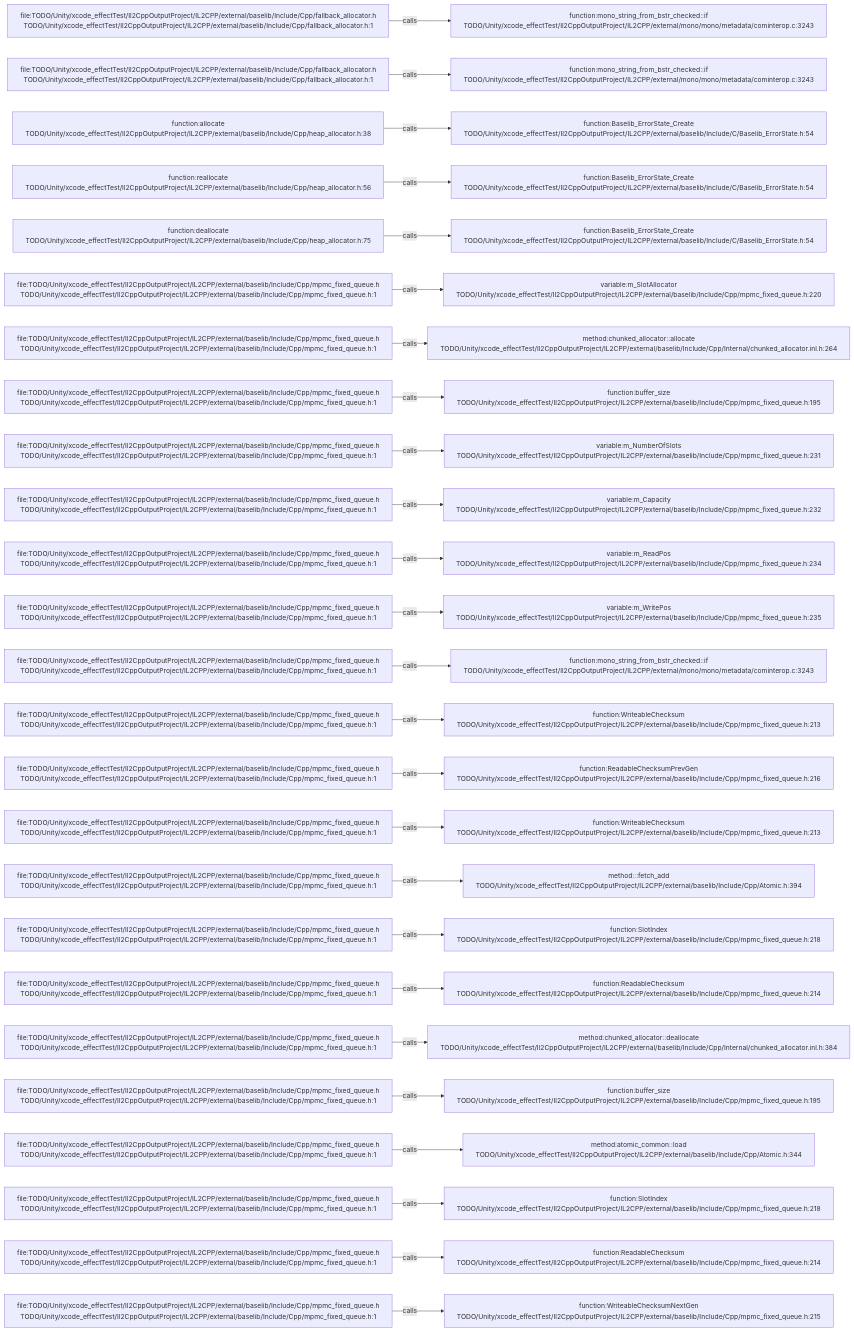
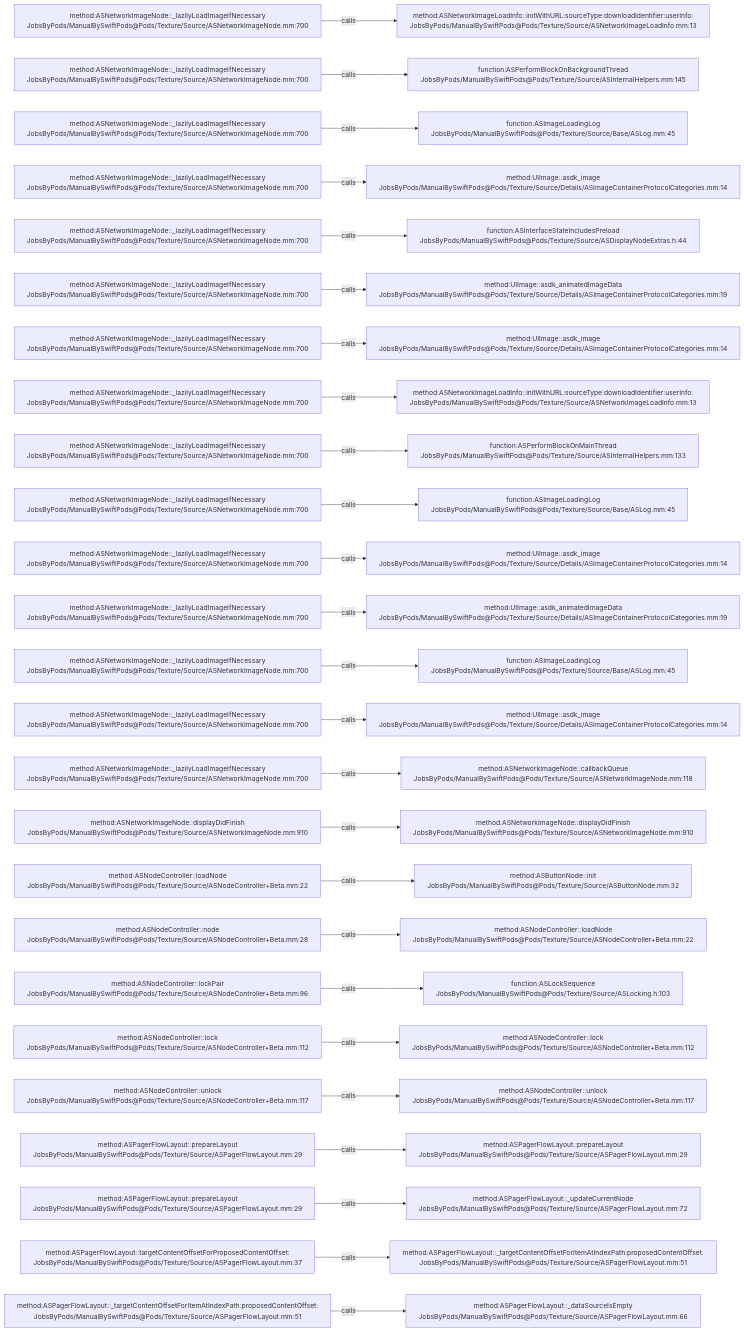
One commit to JobsKits/JobsSwiftBaseConfigDemo changed the diagram in .codegraph/codegraph.md/graphs/calls-070.md. Above: the diagram before and after it, drawn with Mermaid. The commit also changed 2959 other files, not shown here.

````diff
--- a/.codegraph/codegraph.md/graphs/calls-070.md
+++ b/.codegraph/codegraph.md/graphs/calls-070.md
@@ -13,78 +13,78 @@
 ```mermaid
 flowchart LR
-  S1["file:TODO/Unity/xcode_effectTest/Il2CppOutputProject/IL2CPP/external/baselib/Include/Cpp/fallback_allocator.h<br/>TODO/Unity/xcode_effectTest/Il2CppOutputProject/IL2CPP/external/baselib/Include/Cpp/fallback_allocator.h:1"]
-  T1["function:mono_string_from_bstr_checked::if<br/>TODO/Unity/xcode_effectTest/Il2CppOutputProject/IL2CPP/external/mono/mono/metadata/cominterop.c:3243"]
+  S1["method:ASNetworkImageNode::_lazilyLoadImageIfNecessary<br/>JobsByPods/ManualBySwiftPods@Pods/Texture/Source/ASNetworkImageNode.mm:700"]
+  T1["method:ASNetworkImageLoadInfo::initWithURL:sourceType:downloadIdentifier:userInfo:<br/>JobsByPods/ManualBySwiftPods@Pods/Texture/Source/ASNetworkImageLoadInfo.mm:13"]
   S1 -->|calls| T1
-  S2["file:TODO/Unity/xcode_effectTest/Il2CppOutputProject/IL2CPP/external/baselib/Include/Cpp/fallback_allocator.h<br/>TODO/Unity/xcode_effectTest/Il2CppOutputProject/IL2CPP/external/baselib/Include/Cpp/fallback_allocator.h:1"]
-  T2["function:mono_string_from_bstr_checked::if<br/>TODO/Unity/xcode_effectTest/Il2CppOutputProject/IL2CPP/external/mono/mono/metadata/cominterop.c:3243"]
+  S2["method:ASNetworkImageNode::_lazilyLoadImageIfNecessary<br/>JobsByPods/ManualBySwiftPods@Pods/Texture/Source/ASNetworkImageNode.mm:700"]
+  T2["function:ASPerformBlockOnBackgroundThread<br/>JobsByPods/ManualBySwiftPods@Pods/Texture/Source/ASInternalHelpers.mm:145"]
   S2 -->|calls| T2
-  S3["function:allocate<br/>TODO/Unity/xcode_effectTest/Il2CppOutputProject/IL2CPP/external/baselib/Include/Cpp/heap_allocator.h:38"]
-  T3["function:Baselib_ErrorState_Create<br/>TODO/Unity/xcode_effectTest/Il2CppOutputProject/IL2CPP/external/baselib/Include/C/Baselib_ErrorState.h:54"]
+  S3["method:ASNetworkImageNode::_lazilyLoadImageIfNecessary<br/>JobsByPods/ManualBySwiftPods@Pods/Texture/Source/ASNetworkImageNode.mm:700"]
+  T3["function:ASImageLoadingLog<br/>JobsByPods/ManualBySwiftPods@Pods/Texture/Source/Base/ASLog.mm:45"]
   S3 -->|calls| T3
-  S4["function:reallocate<br/>TODO/Unity/xcode_effectTest/Il2CppOutputProject/IL2CPP/external/baselib/Include/Cpp/heap_allocator.h:56"]
-  T4["function:Baselib_ErrorState_Create<br/>TODO/Unity/xcode_effectTest/Il2CppOutputProject/IL2CPP/external/baselib/Include/C/Baselib_ErrorState.h:54"]
+  S4["method:ASNetworkImageNode::_lazilyLoadImageIfNecessary<br/>JobsByPods/ManualBySwiftPods@Pods/Texture/Source/ASNetworkImageNode.mm:700"]
+  T4["method:UIImage::asdk_image<br/>JobsByPods/ManualBySwiftPods@Pods/Texture/Source/Details/ASImageContainerProtocolCategories.mm:14"]
   S4 -->|calls| T4
-  S5["function:deallocate<br/>TODO/Unity/xcode_effectTest/Il2CppOutputProject/IL2CPP/external/baselib/Include/Cpp/heap_allocator.h:75"]
-  T5["function:Baselib_ErrorState_Create<br/>TODO/Unity/xcode_effectTest/Il2CppOutputProject/IL2CPP/external/baselib/Include/C/Baselib_ErrorState.h:54"]
+  S5["method:ASNetworkImageNode::_lazilyLoadImageIfNecessary<br/>JobsByPods/ManualBySwiftPods@Pods/Texture/Source/ASNetworkImageNode.mm:700"]
+  T5["function:ASInterfaceStateIncludesPreload<br/>JobsByPods/ManualBySwiftPods@Pods/Texture/Source/ASDisplayNodeExtras.h:44"]
   S5 -->|calls| T5
-  S6["file:TODO/Unity/xcode_effectTest/Il2CppOutputProject/IL2CPP/external/baselib/Include/Cpp/mpmc_fixed_queue.h<br/>TODO/Unity/xcode_effectTest/Il2CppOutputProject/IL2CPP/external/baselib/Include/Cpp/mpmc_fixed_queue.h:1"]
-  T6["variable:m_SlotAllocator<br/>TODO/Unity/xcode_effectTest/Il2CppOutputProject/IL2CPP/external/baselib/Include/Cpp/mpmc_fixed_queue.h:220"]
+  S6["method:ASNetworkImageNode::_lazilyLoadImageIfNecessary<br/>JobsByPods/ManualBySwiftPods@Pods/Texture/Source/ASNetworkImageNode.mm:700"]
+  T6["method:UIImage::asdk_animatedImageData<br/>JobsByPods/ManualBySwiftPods@Pods/Texture/Source/Details/ASImageContainerProtocolCategories.mm:19"]
   S6 -->|calls| T6
-  S7["file:TODO/Unity/xcode_effectTest/Il2CppOutputProject/IL2CPP/external/baselib/Include/Cpp/mpmc_fixed_queue.h<br/>TODO/Unity/xcode_effectTest/Il2CppOutputProject/IL2CPP/external/baselib/Include/Cpp/mpmc_fixed_queue.h:1"]
-  T7["method:chunked_allocator::allocate<br/>TODO/Unity/xcode_effectTest/Il2CppOutputProject/IL2CPP/external/baselib/Include/Cpp/Internal/chunked_allocator.inl.h:264"]
+  S7["method:ASNetworkImageNode::_lazilyLoadImageIfNecessary<br/>JobsByPods/ManualBySwiftPods@Pods/Texture/Source/ASNetworkImageNode.mm:700"]
+  T7["method:UIImage::asdk_image<br/>JobsByPods/ManualBySwiftPods@Pods/Texture/Source/Details/ASImageContainerProtocolCategories.mm:14"]
   S7 -->|calls| T7
-  S8["file:TODO/Unity/xcode_effectTest/Il2CppOutputProject/IL2CPP/external/baselib/Include/Cpp/mpmc_fixed_queue.h<br/>TODO/Unity/xcode_effectTest/Il2CppOutputProject/IL2CPP/external/baselib/Include/Cpp/mpmc_fixed_queue.h:1"]
-  T8["function:buffer_size<br/>TODO/Unity/xcode_effectTest/Il2CppOutputProject/IL2CPP/external/baselib/Include/Cpp/mpmc_fixed_queue.h:195"]
+  S8["method:ASNetworkImageNode::_lazilyLoadImageIfNecessary<br/>JobsByPods/ManualBySwiftPods@Pods/Texture/Source/ASNetworkImageNode.mm:700"]
+  T8["method:ASNetworkImageLoadInfo::initWithURL:sourceType:downloadIdentifier:userInfo:<br/>JobsByPods/ManualBySwiftPods@Pods/Texture/Source/ASNetworkImageLoadInfo.mm:13"]
   S8 -->|calls| T8
-  S9["file:TODO/Unity/xcode_effectTest/Il2CppOutputProject/IL2CPP/external/baselib/Include/Cpp/mpmc_fixed_queue.h<br/>TODO/Unity/xcode_effectTest/Il2CppOutputProject/IL2CPP/external/baselib/Include/Cpp/mpmc_fixed_queue.h:1"]
-  T9["variable:m_NumberOfSlots<br/>TODO/Unity/xcode_effectTest/Il2CppOutputProject/IL2CPP/external/baselib/Include/Cpp/mpmc_fixed_queue.h:231"]
+  S9["method:ASNetworkImageNode::_lazilyLoadImageIfNecessary<br/>JobsByPods/ManualBySwiftPods@Pods/Texture/Source/ASNetworkImageNode.mm:700"]
+  T9["function:ASPerformBlockOnMainThread<br/>JobsByPods/ManualBySwiftPods@Pods/Texture/Source/ASInternalHelpers.mm:133"]
   S9 -->|calls| T9
-  S10["file:TODO/Unity/xcode_effectTest/Il2CppOutputProject/IL2CPP/external/baselib/Include/Cpp/mpmc_fixed_queue.h<br/>TODO/Unity/xcode_effectTest/Il2CppOutputProject/IL2CPP/external/baselib/Include/Cpp/mpmc_fixed_queue.h:1"]
-  T10["variable:m_Capacity<br/>TODO/Unity/xcode_effectTest/Il2CppOutputProject/IL2CPP/external/baselib/Include/Cpp/mpmc_fixed_queue.h:232"]
+  S10["method:ASNetworkImageNode::_lazilyLoadImageIfNecessary<br/>JobsByPods/ManualBySwiftPods@Pods/Texture/Source/ASNetworkImageNode.mm:700"]
+  T10["function:ASImageLoadingLog<br/>JobsByPods/ManualBySwiftPods@Pods/Texture/Source/Base/ASLog.mm:45"]
   S10 -->|calls| T10
-  S11["file:TODO/Unity/xcode_effectTest/Il2CppOutputProject/IL2CPP/external/baselib/Include/Cpp/mpmc_fixed_queue.h<br/>TODO/Unity/xcode_effectTest/Il2CppOutputProject/IL2CPP/external/baselib/Include/Cpp/mpmc_fixed_queue.h:1"]
-  T11["variable:m_ReadPos<br/>TODO/Unity/xcode_effectTest/Il2CppOutputProject/IL2CPP/external/baselib/Include/Cpp/mpmc_fixed_queue.h:234"]
+  S11["method:ASNetworkImageNode::_lazilyLoadImageIfNecessary<br/>JobsByPods/ManualBySwiftPods@Pods/Texture/Source/ASNetworkImageNode.mm:700"]
+  T11["method:UIImage::asdk_image<br/>JobsByPods/ManualBySwiftPods@Pods/Texture/Source/Details/ASImageContainerProtocolCategories.mm:14"]
   S11 -->|calls| T11
-  S12["file:TODO/Unity/xcode_effectTest/Il2CppOutputProject/IL2CPP/external/baselib/Include/Cpp/mpmc_fixed_queue.h<br/>TODO/Unity/xcode_effectTest/Il2CppOutputProject/IL2CPP/external/baselib/Include/Cpp/mpmc_fixed_queue.h:1"]
-  T12["variable:m_WritePos<br/>TODO/Unity/xcode_effectTest/Il2CppOutputProject/IL2CPP/external/baselib/Include/Cpp/mpmc_fixed_queue.h:235"]
+  S12["method:ASNetworkImageNode::_lazilyLoadImageIfNecessary<br/>JobsByPods/ManualBySwiftPods@Pods/Texture/Source/ASNetworkImageNode.mm:700"]
+  T12["method:UIImage::asdk_animatedImageData<br/>JobsByPods/ManualBySwiftPods@Pods/Texture/Source/Details/ASImageContainerProtocolCategories.mm:19"]
   S12 -->|calls| T12
-  S13["file:TODO/Unity/xcode_effectTest/Il2CppOutputProject/IL2CPP/external/baselib/Include/Cpp/mpmc_fixed_queue.h<br/>TODO/Unity/xcode_effectTest/Il2CppOutputProject/IL2CPP/external/baselib/Include/Cpp/mpmc_fixed_queue.h:1"]
-  T13["function:mono_string_from_bstr_checked::if<br/>TODO/Unity/xcode_effectTest/Il2CppOutputProject/IL2CPP/external/mono/mono/metadata/cominterop.c:3243"]
+  S13["method:ASNetworkImageNode::_lazilyLoadImageIfNecessary<br/>JobsByPods/ManualBySwiftPods@Pods/Texture/Source/ASNetworkImageNode.mm:700"]
+  T13["function:ASImageLoadingLog<br/>JobsByPods/ManualBySwiftPods@Pods/Texture/Source/Base/ASLog.mm:45"]
   S13 -->|calls| T13
-  S14["file:TODO/Unity/xcode_effectTest/Il2CppOutputProject/IL2CPP/external/baselib/Include/Cpp/mpmc_fixed_queue.h<br/>TODO/Unity/xcode_effectTest/Il2CppOutputProject/IL2CPP/external/baselib/Include/Cpp/mpmc_fixed_queue.h:1"]
-  T14["function:WriteableChecksum<br/>TODO/Unity/xcode_effectTest/Il2CppOutputProject/IL2CPP/external/baselib/Include/Cpp/mpmc_fixed_queue.h:213"]
+  S14["method:ASNetworkImageNode::_lazilyLoadImageIfNecessary<br/>JobsByPods/ManualBySwiftPods@Pods/Texture/Source/ASNetworkImageNode.mm:700"]
+  T14["method:UIImage::asdk_image<br/>JobsByPods/ManualBySwiftPods@Pods/Texture/Source/Details/ASImageContainerProtocolCategories.mm:14"]
   S14 -->|calls| T14
-  S15["file:TODO/Unity/xcode_effectTest/Il2CppOutputProject/IL2CPP/external/baselib/Include/Cpp/mpmc_fixed_queue.h<br/>TODO/Unity/xcode_effectTest/Il2CppOutputProject/IL2CPP/external/baselib/Include/Cpp/mpmc_fixed_queue.h:1"]
-  T15["function:ReadableChecksumPrevGen<br/>TODO/Unity/xcode_effectTest/Il2CppOutputProject/IL2CPP/external/baselib/Include/Cpp/mpmc_fixed_queue.h:216"]
+  S15["method:ASNetworkImageNode::_lazilyLoadImageIfNecessary<br/>JobsByPods/ManualBySwiftPods@Pods/Texture/Source/ASNetworkImageNode.mm:700"]
+  T15["method:ASNetworkImageNode::callbackQueue<br/>JobsByPods/ManualBySwiftPods@Pods/Texture/Source/ASNetworkImageNode.mm:118"]
   S15 -->|calls| T15
-  S16["file:TODO/Unity/xcode_effectTest/Il2CppOutputProject/IL2CPP/external/baselib/Include/Cpp/mpmc_fixed_queue.h<br/>TODO/Unity/xcode_effectTest/Il2CppOutputProject/IL2CPP/external/baselib/Include/Cpp/mpmc_fixed_queue.h:1"]
-  T16["function:WriteableChecksum<br/>TODO/Unity/xcode_effectTest/Il2CppOutputProject/IL2CPP/external/baselib/Include/Cpp/mpmc_fixed_queue.h:213"]
+  S16["method:ASNetworkImageNode::displayDidFinish<br/>JobsByPods/ManualBySwiftPods@Pods/Texture/Source/ASNetworkImageNode.mm:910"]
+  T16["method:ASNetworkImageNode::displayDidFinish<br/>JobsByPods/ManualBySwiftPods@Pods/Texture/Source/ASNetworkImageNode.mm:910"]
   S16 -->|calls| T16
-  S17["file:TODO/Unity/xcode_effectTest/Il2CppOutputProject/IL2CPP/external/baselib/Include/Cpp/mpmc_fixed_queue.h<br/>TODO/Unity/xcode_effectTest/Il2CppOutputProject/IL2CPP/external/baselib/Include/Cpp/mpmc_fixed_queue.h:1"]
-  T17["method:<anonymous>::fetch_add<br/>TODO/Unity/xcode_effectTest/Il2CppOutputProject/IL2CPP/external/baselib/Include/Cpp/Atomic.h:394"]
+  S17["method:ASNodeController::loadNode<br/>JobsByPods/ManualBySwiftPods@Pods/Texture/Source/ASNodeController+Beta.mm:22"]
+  T17["method:ASButtonNode::init<br/>JobsByPods/ManualBySwiftPods@Pods/Texture/Source/ASButtonNode.mm:32"]
   S17 -->|calls| T17
-  S18["file:TODO/Unity/xcode_effectTest/Il2CppOutputProject/IL2CPP/external/baselib/Include/Cpp/mpmc_fixed_queue.h<br/>TODO/Unity/xcode_effectTest/Il2CppOutputProject/IL2CPP/external/baselib/Include/Cpp/mpmc_fixed_queue.h:1"]
-  T18["function:SlotIndex<br/>TODO/Unity/xcode_effectTest/Il2CppOutputProject/IL2CPP/external/baselib/Include/Cpp/mpmc_fixed_queue.h:218"]
+  S18["method:ASNodeController::node<br/>JobsByPods/ManualBySwiftPods@Pods/Texture/Source/ASNodeController+Beta.mm:28"]
+  T18["method:ASNodeController::loadNode<br/>JobsByPods/ManualBySwiftPods@Pods/Texture/Source/ASNodeController+Beta.mm:22"]
   S18 -->|calls| T18
-  S19["file:TODO/Unity/xcode_effectTest/Il2CppOutputProject/IL2CPP/external/baselib/Include/Cpp/mpmc_fixed_queue.h<br/>TODO/Unity/xcode_effectTest/Il2CppOutputProject/IL2CPP/external/baselib/Include/Cpp/mpmc_fixed_queue.h:1"]
-  T19["function:ReadableChecksum<br/>TODO/Unity/xcode_effectTest/Il2CppOutputProject/IL2CPP/external/baselib/Include/Cpp/mpmc_fixed_queue.h:214"]
+  S19["method:ASNodeController::lockPair<br/>JobsByPods/ManualBySwiftPods@Pods/Texture/Source/ASNodeController+Beta.mm:96"]
+  T19["function:ASLockSequence<br/>JobsByPods/ManualBySwiftPods@Pods/Texture/Source/ASLocking.h:103"]
   S19 -->|calls| T19
-  S20["file:TODO/Unity/xcode_effectTest/Il2CppOutputProject/IL2CPP/external/baselib/Include/Cpp/mpmc_fixed_queue.h<br/>TODO/Unity/xcode_effectTest/Il2CppOutputProject/IL2CPP/external/baselib/Include/Cpp/mpmc_fixed_queue.h:1"]
-  T20["method:chunked_allocator::deallocate<br/>TODO/Unity/xcode_effectTest/Il2CppOutputProject/IL2CPP/external/baselib/Include/Cpp/Internal/chunked_allocator.inl.h:384"]
+  S20["method:ASNodeController::lock<br/>JobsByPods/ManualBySwiftPods@Pods/Texture/Source/ASNodeController+Beta.mm:112"]
+  T20["method:ASNodeController::lock<br/>JobsByPods/ManualBySwiftPods@Pods/Texture/Source/ASNodeController+Beta.mm:112"]
   S20 -->|calls| T20
-  S21["file:TODO/Unity/xcode_effectTest/Il2CppOutputProject/IL2CPP/external/baselib/Include/Cpp/mpmc_fixed_queue.h<br/>TODO/Unity/xcode_effectTest/Il2CppOutputProject/IL2CPP/external/baselib/Include/Cpp/mpmc_fixed_queue.h:1"]
-  T21["function:buffer_size<br/>TODO/Unity/xcode_effectTest/Il2CppOutputProject/IL2CPP/external/baselib/Include/Cpp/mpmc_fixed_queue.h:195"]
+  S21["method:ASNodeController::unlock<br/>JobsByPods/ManualBySwiftPods@Pods/Texture/Source/ASNodeController+Beta.mm:117"]
+  T21["method:ASNodeController::unlock<br/>JobsByPods/ManualBySwiftPods@Pods/Texture/Source/ASNodeController+Beta.mm:117"]
   S21 -->|calls| T21
-  S22["file:TODO/Unity/xcode_effectTest/Il2CppOutputProject/IL2CPP/external/baselib/Include/Cpp/mpmc_fixed_queue.h<br/>TODO/Unity/xcode_effectTest/Il2CppOutputProject/IL2CPP/external/baselib/Include/Cpp/mpmc_fixed_queue.h:1"]
-  T22["method:atomic_common::load<br/>TODO/Unity/xcode_effectTest/Il2CppOutputProject/IL2CPP/external/baselib/Include/Cpp/Atomic.h:344"]
+  S22["method:ASPagerFlowLayout::prepareLayout<br/>JobsByPods/ManualBySwiftPods@Pods/Texture/Source/ASPagerFlowLayout.mm:29"]
+  T22["method:ASPagerFlowLayout::prepareLayout<br/>JobsByPods/ManualBySwiftPods@Pods/Texture/Source/ASPagerFlowLayout.mm:29"]
   S22 -->|calls| T22
-  S23["file:TODO/Unity/xcode_effectTest/Il2CppOutputProject/IL2CPP/external/baselib/Include/Cpp/mpmc_fixed_queue.h<br/>TODO/Unity/xcode_effectTest/Il2CppOutputProject/IL2CPP/external/baselib/Include/Cpp/mpmc_fixed_queue.h:1"]
-  T23["function:SlotIndex<br/>TODO/Unity/xcode_effectTest/Il2CppOutputProject/IL2CPP/external/baselib/Include/Cpp/mpmc_fixed_queue.h:218"]
+  S23["method:ASPagerFlowLayout::prepareLayout<br/>JobsByPods/ManualBySwiftPods@Pods/Texture/Source/ASPagerFlowLayout.mm:29"]
+  T23["method:ASPagerFlowLayout::_updateCurrentNode<br/>JobsByPods/ManualBySwiftPods@Pods/Texture/Source/ASPagerFlowLayout.mm:72"]
   S23 -->|calls| T23
-  S24["file:TODO/Unity/xcode_effectTest/Il2CppOutputProject/IL2CPP/external/baselib/Include/Cpp/mpmc_fixed_queue.h<br/>TODO/Unity/xcode_effectTest/Il2CppOutputProject/IL2CPP/external/baselib/Include/Cpp/mpmc_fixed_queue.h:1"]
-  T24["function:ReadableChecksum<br/>TODO/Unity/xcode_effectTest/Il2CppOutputProject/IL2CPP/external/baselib/Include/Cpp/mpmc_fixed_queue.h:214"]
+  S24["method:ASPagerFlowLayout::targetContentOffsetForProposedContentOffset:<br/>JobsByPods/ManualBySwiftPods@Pods/Texture/Source/ASPagerFlowLayout.mm:37"]
+  T24["method:ASPagerFlowLayout::_targetContentOffsetForItemAtIndexPath:proposedContentOffset:<br/>JobsByPods/ManualBySwiftPods@Pods/Texture/Source/ASPagerFlowLayout.mm:51"]
   S24 -->|calls| T24
-  S25["file:TODO/Unity/xcode_effectTest/Il2CppOutputProject/IL2CPP/external/baselib/Include/Cpp/mpmc_fixed_queue.h<br/>TODO/Unity/xcode_effectTest/Il2CppOutputProject/IL2CPP/external/baselib/Include/Cpp/mpmc_fixed_queue.h:1"]
-  T25["function:WriteableChecksumNextGen<br/>TODO/Unity/xcode_effectTest/Il2CppOutputProject/IL2CPP/external/baselib/Include/Cpp/mpmc_fixed_queue.h:215"]
+  S25["method:ASPagerFlowLayout::_targetContentOffsetForItemAtIndexPath:proposedContentOffset:<br/>JobsByPods/ManualBySwiftPods@Pods/Texture/Source/ASPagerFlowLayout.mm:51"]
+  T25["method:ASPagerFlowLayout::_dataSourceIsEmpty<br/>JobsByPods/ManualBySwiftPods@Pods/Texture/Source/ASPagerFlowLayout.mm:66"]
   S25 -->|calls| T25
 ```
````
